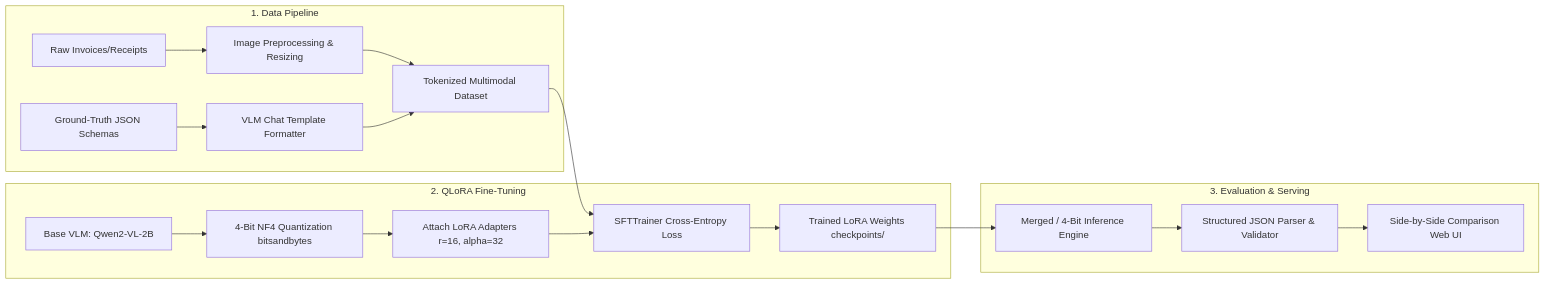
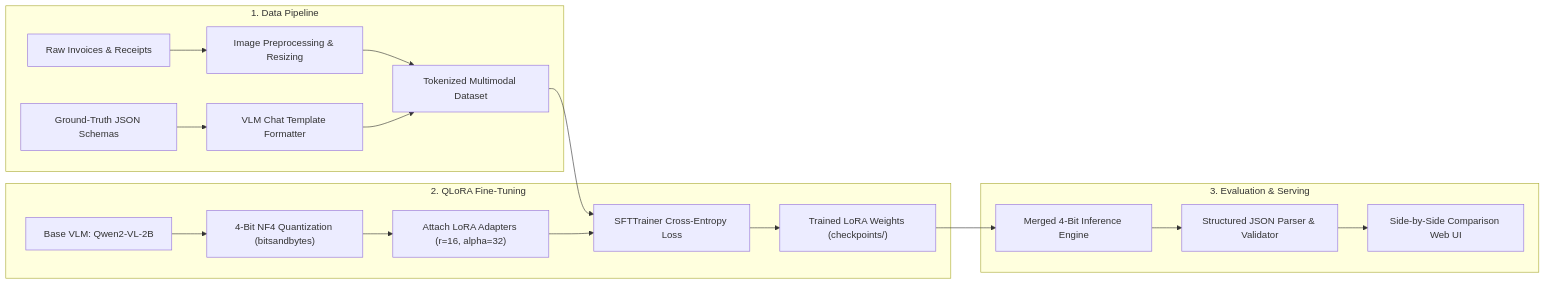
Before and after one commit to Sameer45-Ali/doc-vlm-qlora: the diagram in README.md, drawn with Mermaid.

Commit message:
docs: optimize Mermaid architecture diagram syntax and pipeline flow

````diff
--- a/README.md
+++ b/README.md
@@ -25,22 +25,23 @@
 ```mermaid
 flowchart LR
     subgraph Data["1. Data Pipeline"]
-        A[Raw Invoices/Receipts] --> B[Image Preprocessing & Resizing]
-        C[Ground-Truth JSON Schemas] --> D[VLM Chat Template Formatter]
-        B & D --> E[Tokenized Multimodal Dataset]
+        A["Raw Invoices & Receipts"] --> B["Image Preprocessing & Resizing"]
+        C["Ground-Truth JSON Schemas"] --> D["VLM Chat Template Formatter"]
+        B --> E["Tokenized Multimodal Dataset"]
+        D --> E
     end
 
     subgraph Training["2. QLoRA Fine-Tuning"]
-        F[Base VLM: Qwen2-VL-2B] --> G[4-Bit NF4 Quantization bitsandbytes]
-        G --> H[Attach LoRA Adapters r=16, alpha=32]
-        E --> I[SFTTrainer Cross-Entropy Loss]
+        F["Base VLM: Qwen2-VL-2B"] --> G["4-Bit NF4 Quantization (bitsandbytes)"]
+        G --> H["Attach LoRA Adapters (r=16, alpha=32)"]
+        E --> I["SFTTrainer Cross-Entropy Loss"]
         H --> I
-        I --> J[Trained LoRA Weights checkpoints/]
+        I --> J["Trained LoRA Weights (checkpoints/)"]
     end
 
     subgraph Inference["3. Evaluation & Serving"]
-        J --> K[Merged / 4-Bit Inference Engine]
-        K --> L[Structured JSON Parser & Validator]
-        L --> M[Side-by-Side Comparison Web UI]
+        J --> K["Merged 4-Bit Inference Engine"]
+        K --> L["Structured JSON Parser & Validator"]
+        L --> M["Side-by-Side Comparison Web UI"]
     end
 ```
````
